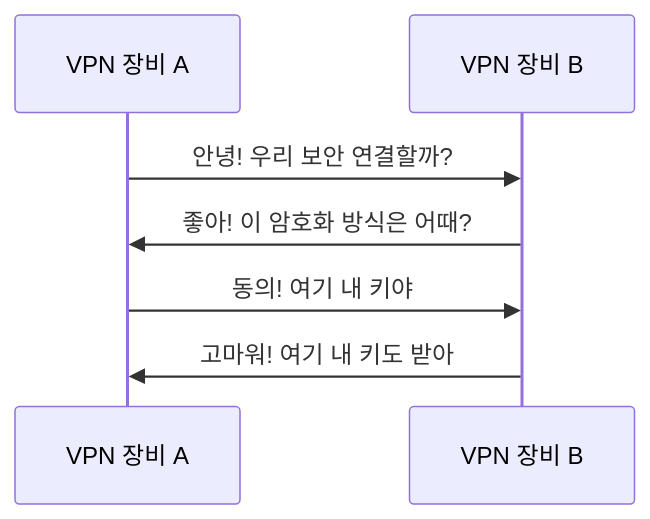
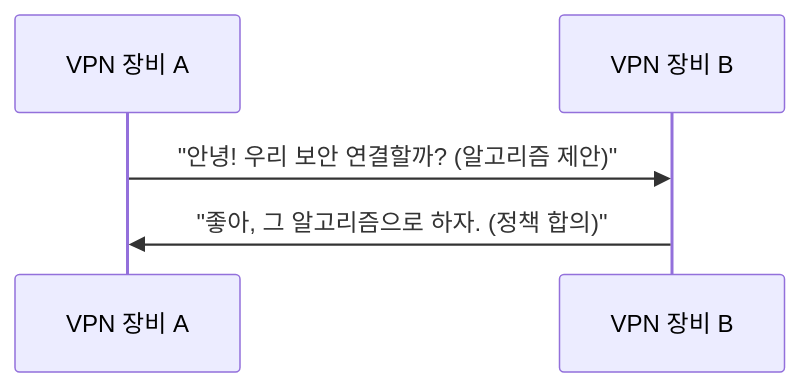
One commit to choisungwook/portfolio changed the diagram in .claude/skills/writing-with-akbunstyle/SKILL.md. Above: the diagram before and after it, drawn with Mermaid. The commit also changed other lines of this file and 6 other files, not shown here.

````diff
--- a/.claude/skills/writing-with-akbunstyle/SKILL.md
+++ b/.claude/skills/writing-with-akbunstyle/SKILL.md
@@ -120,9 +172,7 @@
 ```mermaid
 sequenceDiagram
     participant A as VPN 장비 A
     participant B as VPN 장비 B
-    A->>B: 안녕! 우리 보안 연결할까?
-    B->>A: 좋아! 이 암호화 방식은 어때?
-    A->>B: 동의! 여기 내 키야
-    B->>A: 고마워! 여기 내 키도 받아
+    A->>B: "안녕! 우리 보안 연결할까? (알고리즘 제안)"
+    B->>A: "좋아, 그 알고리즘으로 하자. (정책 합의)"
 ```
````
